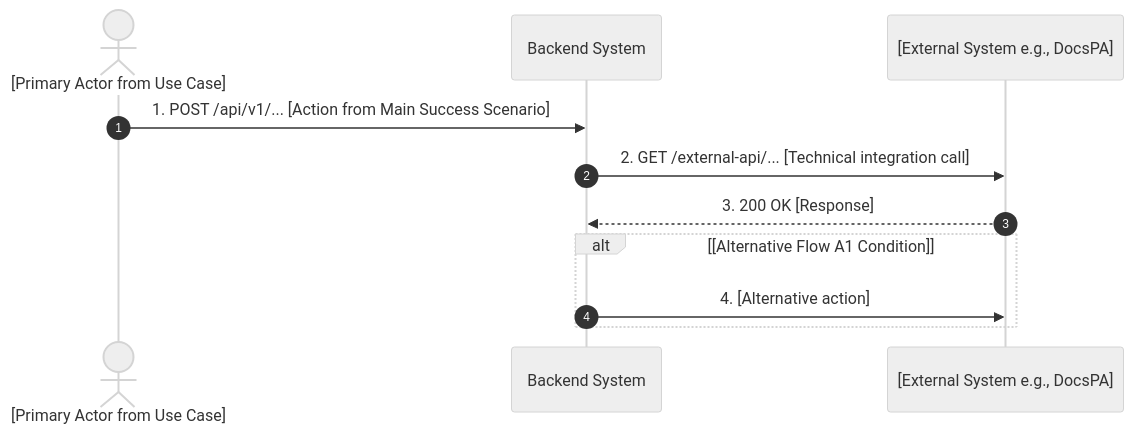
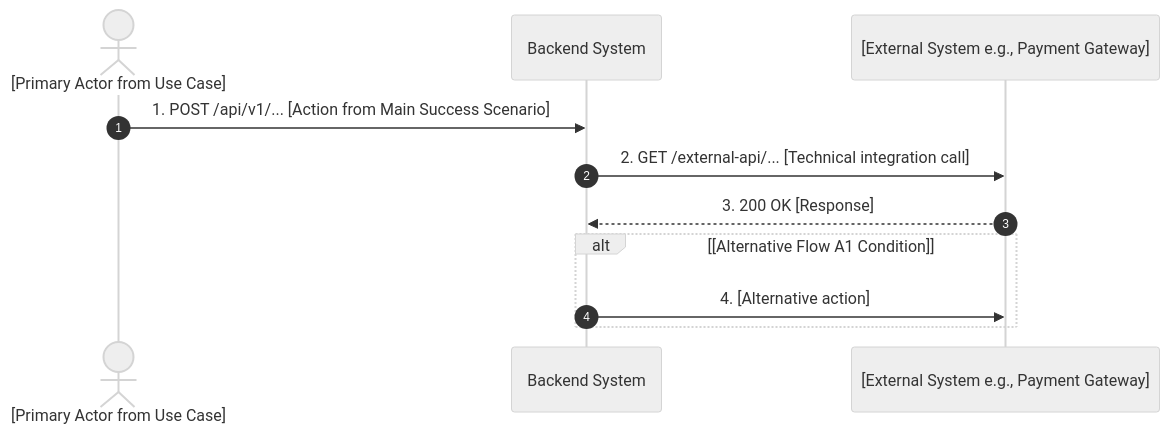
Before and after one commit to mariolim96/aiup-revisited: the diagram in aiup-core/skills/use-case-sequence-diagram/SKILL.md, drawn with Mermaid (neutral theme). The commit also changed other lines of this file and 6 other files, not shown here.

````diff
--- a/aiup-core/skills/use-case-sequence-diagram/SKILL.md
+++ b/aiup-core/skills/use-case-sequence-diagram/SKILL.md
@@ -24,15 +24,15 @@
 ```mermaid
 sequenceDiagram
     autonumber
     actor User as [Primary Actor from Use Case]
     participant System as Backend System
-    participant External as [External System e.g., DocsPA]
+    participant External as [External System e.g., Payment Gateway]
 
     User->>System: 1. POST /api/v1/... [Action from Main Success Scenario]
     System->>External: 2. GET /external-api/... [Technical integration call]
     External-->>System: 3. 200 OK [Response]
     
     alt [Alternative Flow A1 Condition]
         System->>External: 4. [Alternative action]
     end
 ```
````
